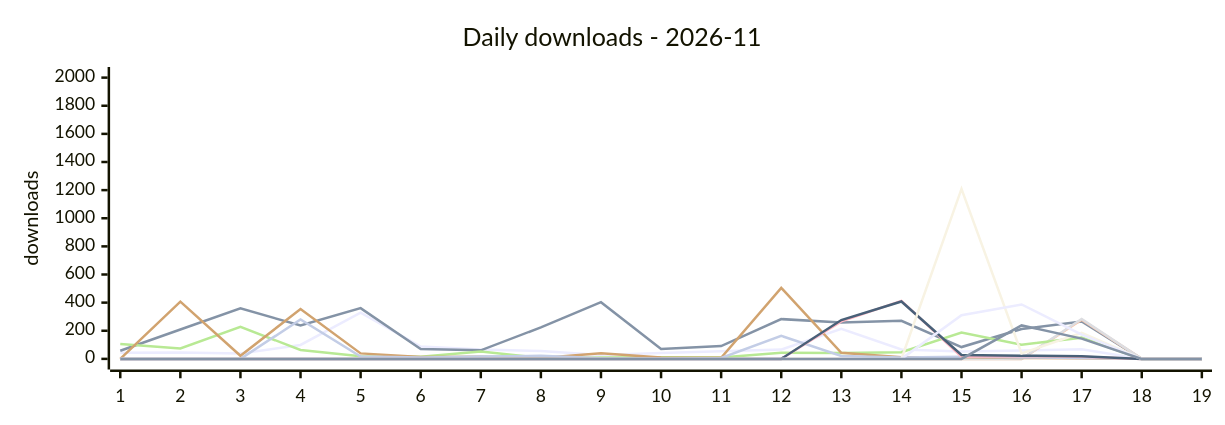
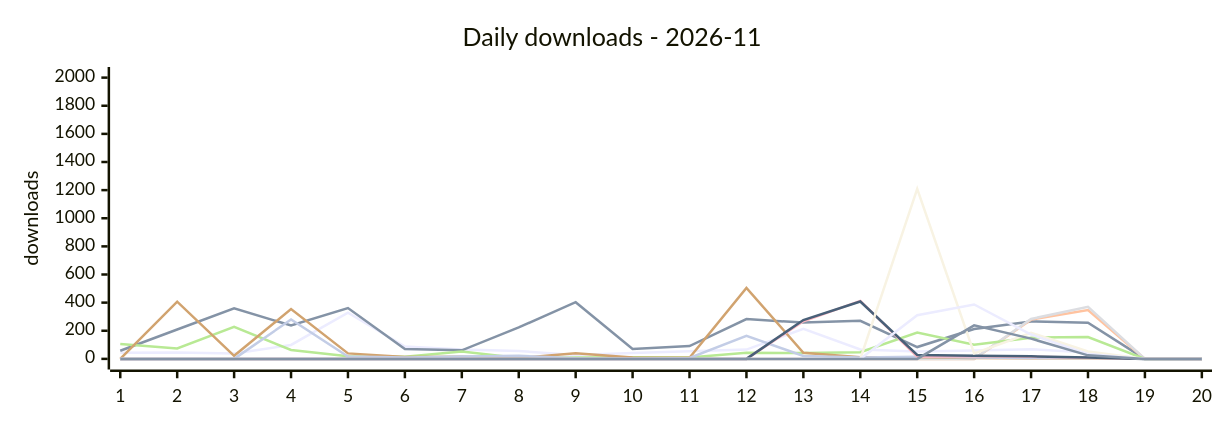
One commit to terry2010/npm-downloads-tracker changed the first of 2 diagrams in DASHBOARD.md. Above: the diagram before and after it, drawn with Mermaid. The commit also changed other lines of this file and 1 other file, not shown here.

````diff
--- a/DASHBOARD.md
+++ b/DASHBOARD.md
@@ -43,19 +43,19 @@
 ```mermaid
 %%{init: {'xyChart': {'width': 960, 'height': 320}}}%%
 xychart-beta
     title "Daily downloads - 2026-11"
-    x-axis ["1", "2", "3", "4", "5", "6", "7", "8", "9", "10", "11", "12", "13", "14", "15", "16", "17", "18", "19"]
+    x-axis ["1", "2", "3", "4", "5", "6", "7", "8", "9", "10", "11", "12", "13", "14", "15", "16", "17", "18", "19", "20"]
     y-axis "downloads" 0 --> 2000
-    line "dsh-loop-recover" [43, 46, 39, 99, 329, 88, 66, 56, 27, 42, 54, 66, 214, 67, 53, 59, 69, 0, 0]
-    line "dsh-rss-news-daily" [58, 209, 359, 237, 361, 70, 61, 224, 403, 70, 91, 283, 258, 271, 84, 212, 266, 0, 0]
-    line "dsh-rss-news-flash-kuaixun" [0, 0, 0, 0, 0, 0, 0, 0, 0, 0, 0, 0, 0, 0, 0, 0, 279, 0, 0]
-    line "dsh-rss-news-browser-fetch" [0, 0, 0, 0, 0, 0, 0, 0, 0, 0, 0, 0, 0, 0, 0, 0, 284, 0, 0]
-    line "opencode-loop-recover" [105, 74, 228, 63, 19, 16, 52, 6, 10, 11, 10, 43, 41, 47, 187, 100, 151, 0, 0]
-    line "oc-market-quail-zephyr-72a0" [0, 407, 22, 354, 39, 14, 15, 7, 40, 10, 8, 505, 43, 12, 11, 6, 5, 0, 0]
-    line "awesome-opencode-market" [0, 0, 0, 280, 17, 9, 17, 22, 4, 1, 7, 164, 21, 10, 15, 10, 7, 0, 0]
-    line "surfbird" [0, 0, 0, 0, 0, 0, 0, 0, 0, 0, 0, 0, 267, 412, 16, 19, 15, 0, 0]
-    line "surfbird-mcp" [0, 0, 0, 0, 0, 0, 0, 0, 0, 0, 0, 0, 276, 408, 28, 23, 18, 0, 0]
-    line "dsh-control-surfbird-for-kitesurf" [0, 0, 0, 0, 0, 0, 0, 0, 0, 0, 0, 0, 0, 0, 1209, 39, 186, 0, 0]
-    line "opencode-control-surfbird-for-kitesurf" [0, 0, 0, 0, 0, 0, 0, 0, 0, 0, 0, 0, 0, 0, 310, 387, 173, 0, 0]
-    line "pi-control-surfbird-for-kitesurf" [0, 0, 0, 0, 0, 0, 0, 0, 0, 0, 0, 0, 0, 0, 0, 238, 144, 0, 0]
+    line "dsh-loop-recover" [43, 46, 39, 99, 329, 88, 66, 56, 27, 42, 54, 66, 214, 67, 53, 59, 69, 46, 0, 0]
+    line "dsh-rss-news-daily" [58, 209, 359, 237, 361, 70, 61, 224, 403, 70, 91, 283, 258, 271, 84, 212, 266, 257, 0, 0]
+    line "dsh-rss-news-flash-kuaixun" [0, 0, 0, 0, 0, 0, 0, 0, 0, 0, 0, 0, 0, 0, 0, 0, 279, 347, 0, 0]
+    line "dsh-rss-news-browser-fetch" [0, 0, 0, 0, 0, 0, 0, 0, 0, 0, 0, 0, 0, 0, 0, 0, 284, 370, 0, 0]
+    line "opencode-loop-recover" [105, 74, 228, 63, 19, 16, 52, 6, 10, 11, 10, 43, 41, 47, 187, 100, 151, 155, 0, 0]
+    line "oc-market-quail-zephyr-72a0" [0, 407, 22, 354, 39, 14, 15, 7, 40, 10, 8, 505, 43, 12, 11, 6, 5, 5, 0, 0]
+    line "awesome-opencode-market" [0, 0, 0, 280, 17, 9, 17, 22, 4, 1, 7, 164, 21, 10, 15, 10, 7, 8, 0, 0]
+    line "surfbird" [0, 0, 0, 0, 0, 0, 0, 0, 0, 0, 0, 0, 267, 412, 16, 19, 15, 8, 0, 0]
+    line "surfbird-mcp" [0, 0, 0, 0, 0, 0, 0, 0, 0, 0, 0, 0, 276, 408, 28, 23, 18, 10, 0, 0]
+    line "dsh-control-surfbird-for-kitesurf" [0, 0, 0, 0, 0, 0, 0, 0, 0, 0, 0, 0, 0, 0, 1209, 39, 186, 53, 0, 0]
+    line "opencode-control-surfbird-for-kitesurf" [0, 0, 0, 0, 0, 0, 0, 0, 0, 0, 0, 0, 0, 0, 310, 387, 173, 34, 0, 0]
+    line "pi-control-surfbird-for-kitesurf" [0, 0, 0, 0, 0, 0, 0, 0, 0, 0, 0, 0, 0, 0, 0, 238, 144, 25, 0, 0]
 ```
````
